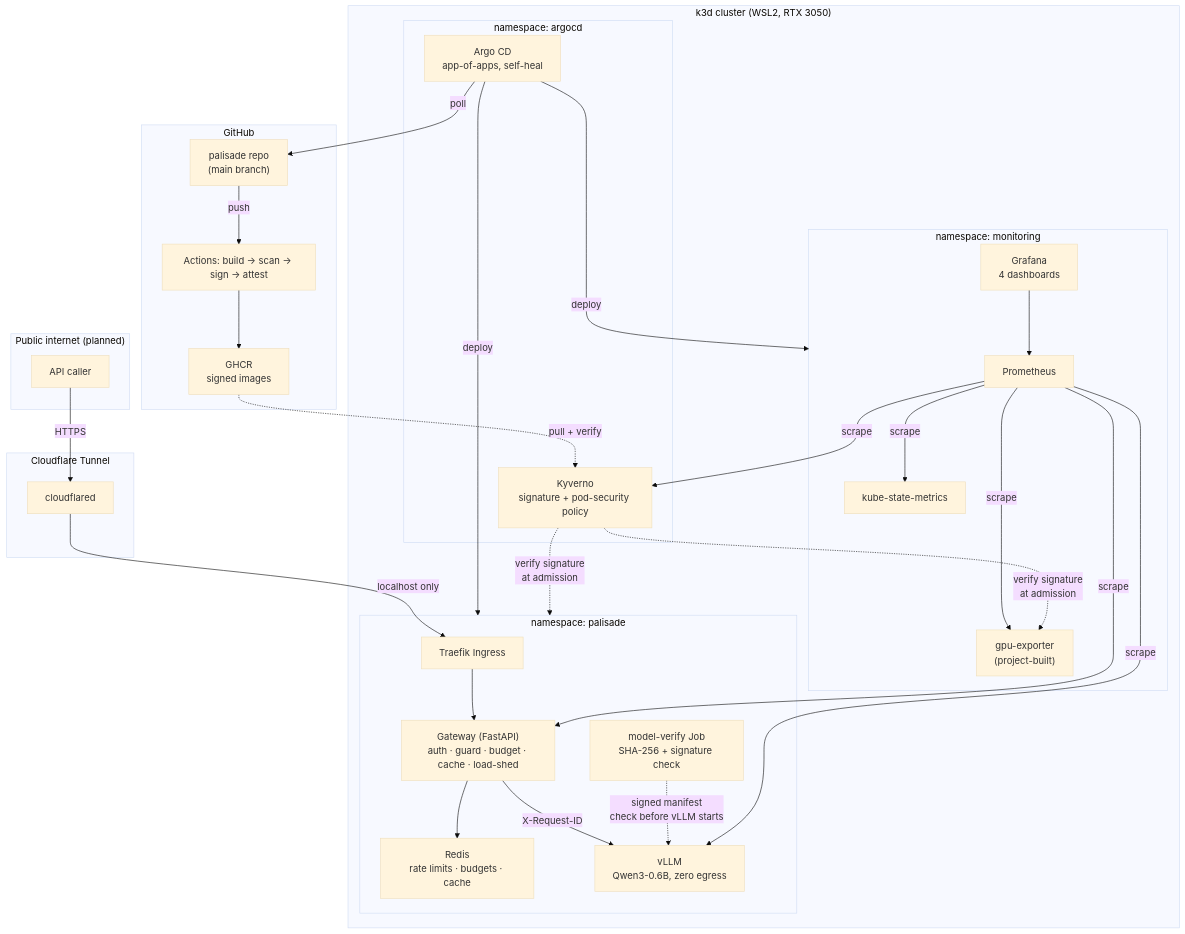
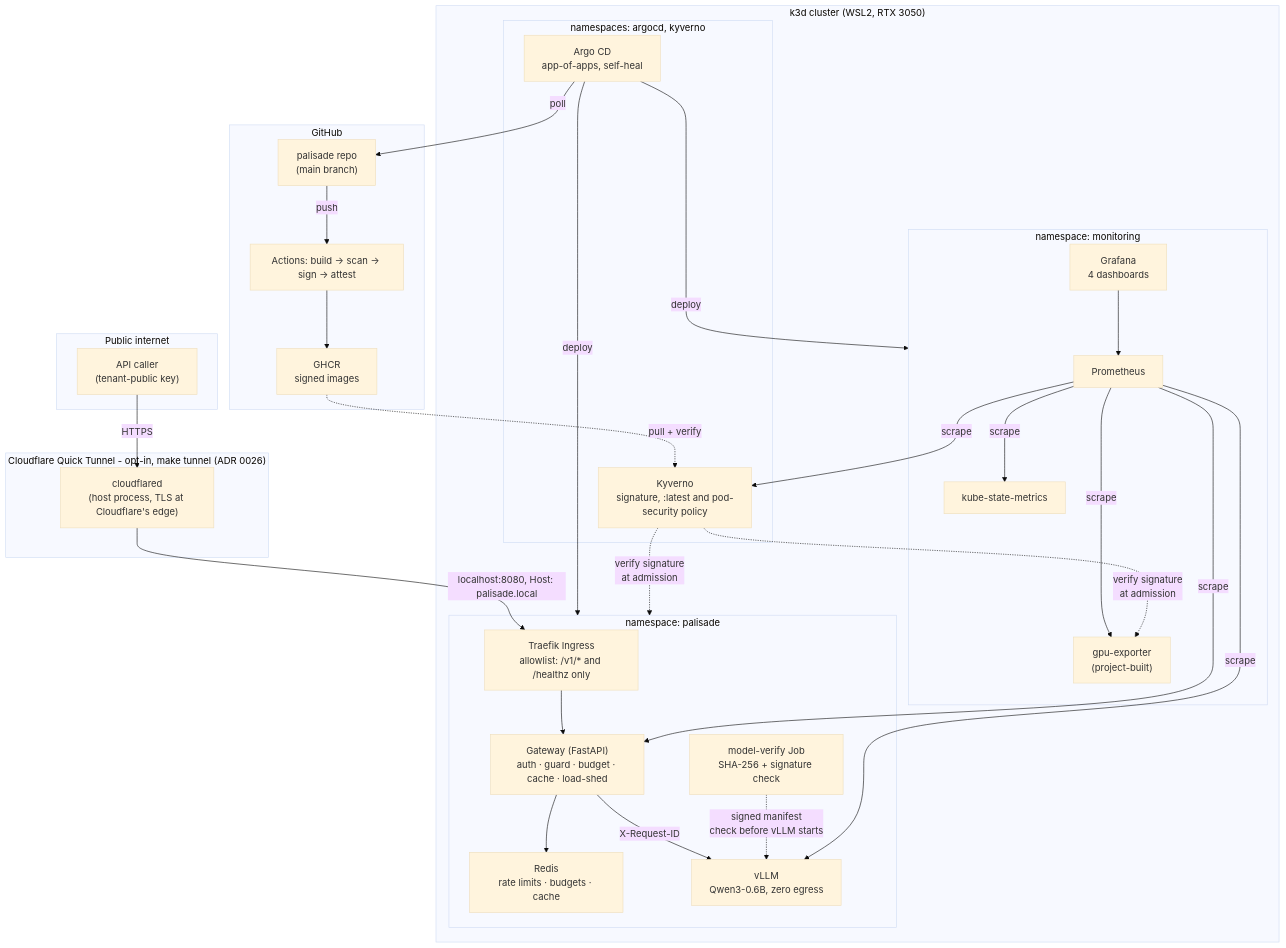
The first of 3 diagrams in docs/ARCHITECTURE.md (saimcyber/palisade), drawn with Mermaid (base theme) before and after one commit. The commit also changed 18 other files, not shown here.

First line of the commit message:
docs: M5 document covers the demo and tunnel; public docs cite only public files

````diff
--- a/docs/ARCHITECTURE.md
+++ b/docs/ARCHITECTURE.md
@@ -5,59 +5,59 @@
 ```mermaid
 flowchart TB
-    subgraph internet["Public internet (planned)"]
-        caller["API caller"]
+    subgraph internet["Public internet"]
+        caller["API caller\n(tenant-public key)"]
     end
 
-    subgraph tunnel["Cloudflare Tunnel"]
-        cf["cloudflared"]
+    subgraph tunnel["Cloudflare Quick Tunnel - opt-in, make tunnel (ADR 0026)"]
+        cf["cloudflared\n(host process, TLS at Cloudflare's edge)"]
     end
 
     subgraph k8s["k3d cluster (WSL2, RTX 3050)"]
         subgraph palisade_ns["namespace: palisade"]
-            ingress["Traefik Ingress"]
+            ingress["Traefik Ingress\nallowlist: /v1/* and /healthz only"]
             gw["Gateway (FastAPI)\nauth · guard · budget · cache · load-shed"]
             redis["Redis\nrate limits · budgets · cache"]
             vllm["vLLM\nQwen3-0.6B, zero egress"]
             verify["model-verify Job\nSHA-256 + signature check"]
         end
 
         subgraph monitoring_ns["namespace: monitoring"]
             prom["Prometheus"]
             graf["Grafana\n4 dashboards"]
             ksm["kube-state-metrics"]
             gpuexp["gpu-exporter\n(project-built)"]
         end
 
-        subgraph argocd_ns["namespace: argocd"]
+        subgraph control_ns["namespaces: argocd, kyverno"]
             argocd["Argo CD\napp-of-apps, self-heal"]
-            kyverno["Kyverno\nsignature + pod-security policy"]
+            kyverno["Kyverno\nsignature, :latest and pod-security policy"]
         end
     end
 
     subgraph gh["GitHub"]
         repo["palisade repo\n(main branch)"]
         ci["Actions: build → scan → sign → attest"]
         ghcr["GHCR\nsigned images"]
     end
 
-    caller -->|HTTPS| cf -->|localhost only| ingress
+    caller -->|HTTPS| cf -->|"localhost:8080, Host: palisade.local"| ingress
     ingress --> gw
     gw --> redis
     gw -->|"X-Request-ID"| vllm
     verify -.->|"signed manifest\ncheck before vLLM starts"| vllm
 
     prom -->|scrape| gw
     prom -->|scrape| vllm
     prom -->|scrape| ksm
     prom -->|scrape| gpuexp
     prom -->|scrape| kyverno
     graf --> prom
 
     repo -->|push| ci --> ghcr
     argocd -->|poll| repo
     argocd -->|deploy| palisade_ns
     argocd -->|deploy| monitoring_ns
     kyverno -.->|verify signature\nat admission| palisade_ns
     kyverno -.->|verify signature\nat admission| gpuexp
     ghcr -.->|pull + verify| kyverno
 ```
````
